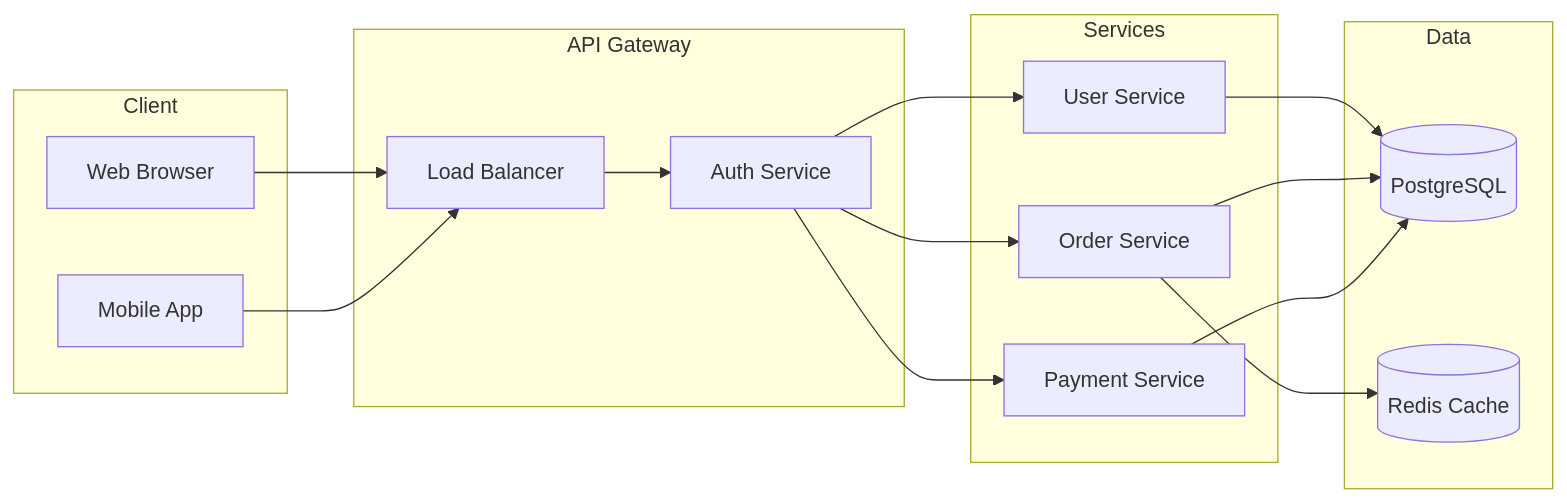
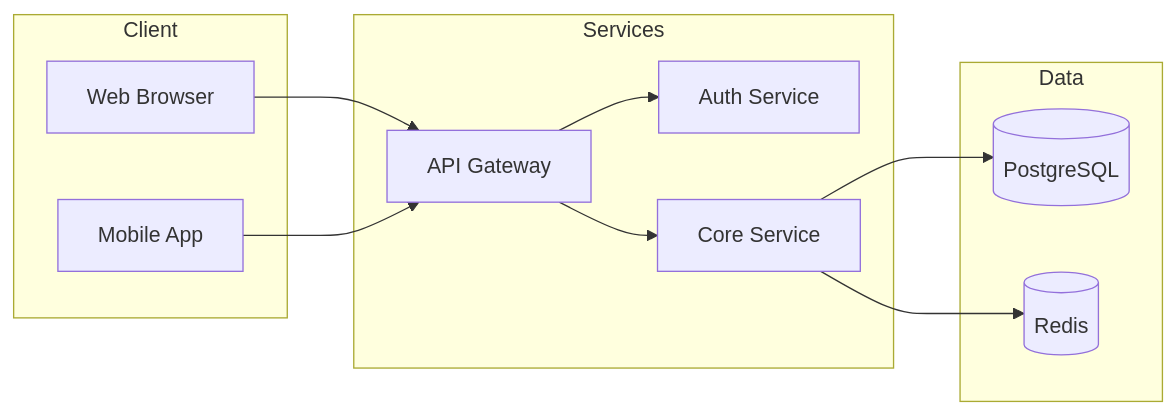
One commit to ccheney/robust-skills changed the first of 4 diagrams in skills/mermaid-diagrams/SKILL.md. Above: the diagram before and after it, drawn with Mermaid. The commit also changed other lines of this file and 9 other files, not shown here.

First line of the commit message:
Update mermaid-diagrams skill with reference documentation

````diff
--- a/skills/mermaid-diagrams/SKILL.md
+++ b/skills/mermaid-diagrams/SKILL.md
@@ -84,30 +84,19 @@
 ```mermaid
 flowchart LR
     subgraph Client
         Browser[Web Browser]
         Mobile[Mobile App]
     end
-
-    subgraph API Gateway
-        LB[Load Balancer]
+    subgraph Services
+        API[API Gateway]
         Auth[Auth Service]
+        Core[Core Service]
     end
-
-    subgraph Services
-        Users[User Service]
-        Orders[Order Service]
-        Payments[Payment Service]
+    subgraph Data
+        DB[(PostgreSQL)]
+        Cache[(Redis)]
     end
-
-    subgraph Data
-        PG[(PostgreSQL)]
-        Redis[(Redis Cache)]
-    end
-
-    Browser & Mobile --> LB
-    LB --> Auth
-    Auth --> Users & Orders & Payments
-    Users & Orders --> PG
-    Orders --> Redis
-    Payments --> PG
+    Browser & Mobile --> API
+    API --> Auth & Core
+    Core --> DB & Cache
 ```
````
